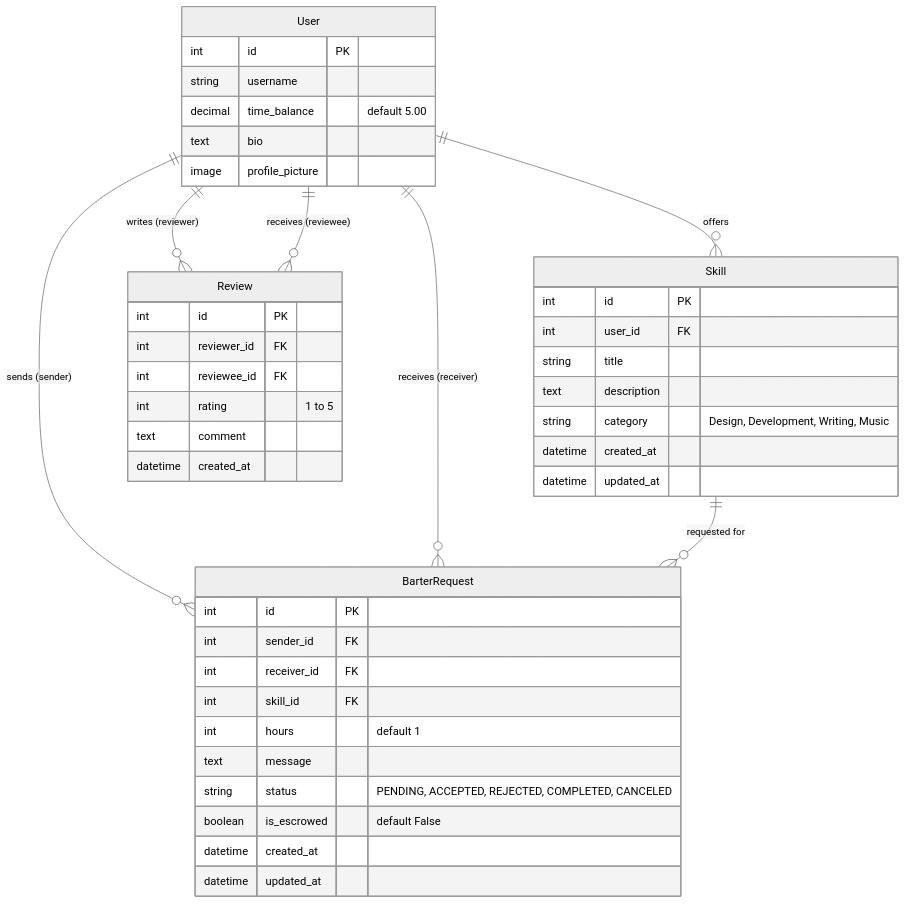
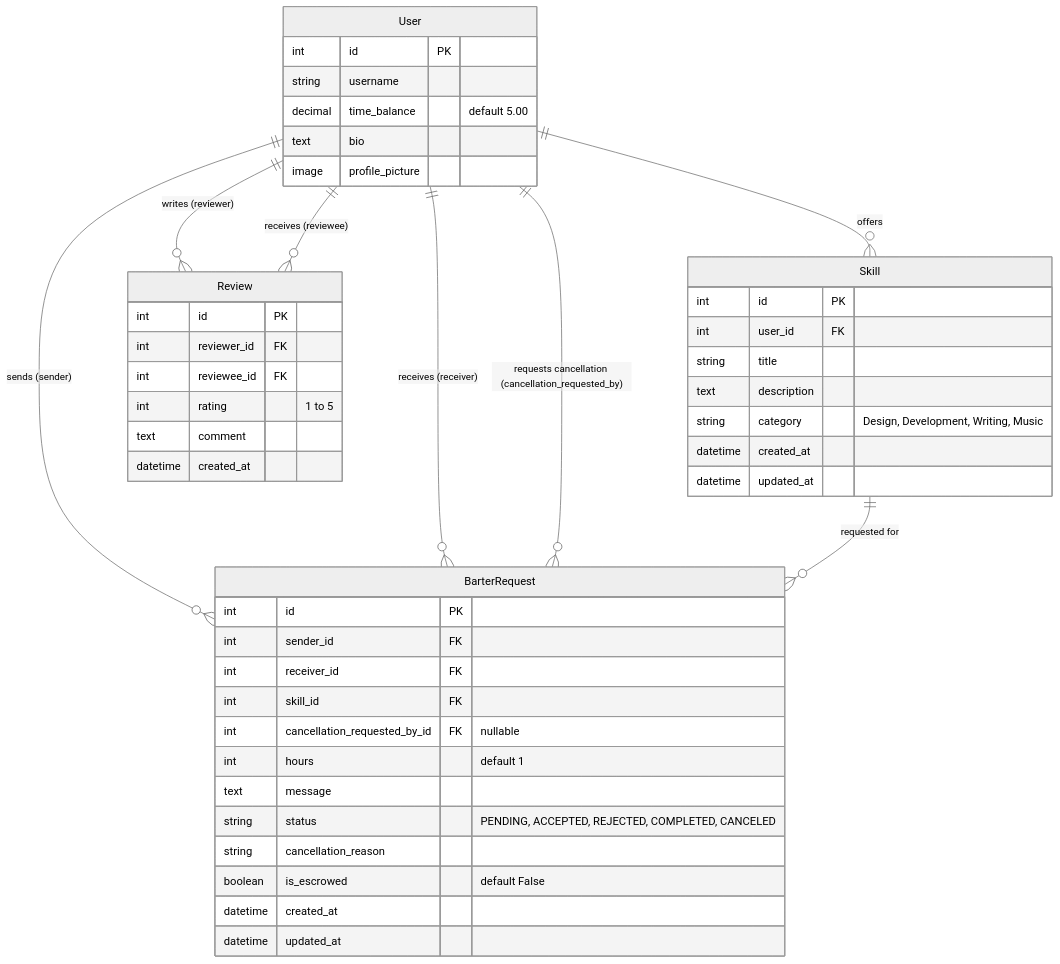
One commit to Tusarkanta-07/hourx changed the first of 2 diagrams in project_analysis_report.md. Above: the diagram before and after it, drawn with Mermaid (neutral theme). The commit also changed other lines of this file, not shown here.

Commit message:
Docs: Improve layout, diagrams, and formatting of project_analysis_report.md

````diff
--- a/project_analysis_report.md
+++ b/project_analysis_report.md
@@ -53,49 +76,52 @@
 ```mermaid
 erDiagram
     User ||--o{ Skill : "offers"
     User ||--o{ BarterRequest : "sends (sender)"
     User ||--o{ BarterRequest : "receives (receiver)"
+    User ||--o{ BarterRequest : "requests cancellation (cancellation_requested_by)"
     User ||--o{ Review : "writes (reviewer)"
     User ||--o{ Review : "receives (reviewee)"
     Skill ||--o{ BarterRequest : "requested for"
 
     User {
         int id PK
         string username
         decimal time_balance "default 5.00"
         text bio
         image profile_picture
     }
 
     Skill {
         int id PK
         int user_id FK
         string title
         text description
         string category "Design, Development, Writing, Music"
         datetime created_at
         datetime updated_at
     }
 
     BarterRequest {
         int id PK
         int sender_id FK
         int receiver_id FK
         int skill_id FK
+        int cancellation_requested_by_id FK "nullable"
         int hours "default 1"
         text message
         string status "PENDING, ACCEPTED, REJECTED, COMPLETED, CANCELED"
+        string cancellation_reason
         boolean is_escrowed "default False"
         datetime created_at
         datetime updated_at
     }
 
     Review {
         int id PK
         int reviewer_id FK
         int reviewee_id FK
         int rating "1 to 5"
         text comment
         datetime created_at
     }
 ```
````
